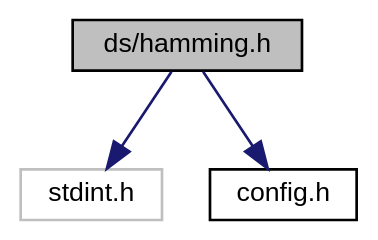
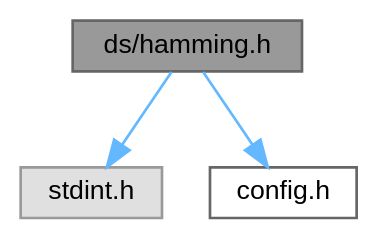
One commit to ebs-universe/piolib-ds changed the diagram in hamming_8h__incl.dot. Above: the diagram before and after it, drawn with Graphviz. The commit also changed 536 other files, not shown here.

```diff
--- a/hamming_8h__incl.dot
+++ b/hamming_8h__incl.dot
@@ -1,13 +1,13 @@
 digraph "ds/hamming.h"
 {
  // INTERACTIVE_SVG=YES
  // LATEX_PDF_SIZE
   bgcolor="transparent";
-  edge [fontname="Helvetica",fontsize="10",labelfontname="Helvetica",labelfontsize="10"];
-  node [fontname="Helvetica",fontsize="10",shape=record];
-  Node1 [label="ds/hamming.h",height=0.2,width=0.4,color="black", fillcolor="grey75", style="filled", fontcolor="black",tooltip="Interface and usage of the hamming library."];
-  Node1 -> Node2 [color="midnightblue",fontsize="10",style="solid",fontname="Helvetica"];
-  Node2 [label="stdint.h",height=0.2,width=0.4,color="grey75",tooltip=" "];
-  Node1 -> Node3 [color="midnightblue",fontsize="10",style="solid",fontname="Helvetica"];
-  Node3 [label="config.h",height=0.2,width=0.4,color="black",URL="$config_8h_source.html",tooltip=" "];
+  edge [fontname=Helvetica,fontsize=10,labelfontname=Helvetica,labelfontsize=10];
+  node [fontname=Helvetica,fontsize=10,shape=box,height=0.2,width=0.4];
+  Node1 [id="Node000001",label="ds/hamming.h",height=0.2,width=0.4,color="gray40", fillcolor="grey60", style="filled", fontcolor="black",tooltip="Interface and usage of the hamming library."];
+  Node1 -> Node2 [id="edge1_Node000001_Node000002",color="steelblue1",style="solid",tooltip=" "];
+  Node2 [id="Node000002",label="stdint.h",height=0.2,width=0.4,color="grey60", fillcolor="#E0E0E0", style="filled",tooltip=" "];
+  Node1 -> Node3 [id="edge2_Node000001_Node000003",color="steelblue1",style="solid",tooltip=" "];
+  Node3 [id="Node000003",label="config.h",height=0.2,width=0.4,color="grey40", fillcolor="white", style="filled",URL="$config_8h.html",tooltip=" "];
 }
```
